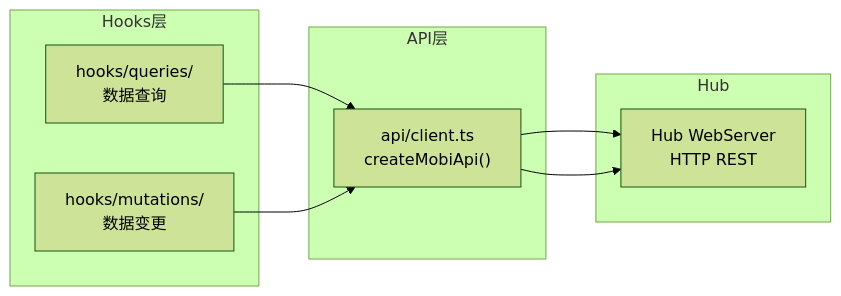
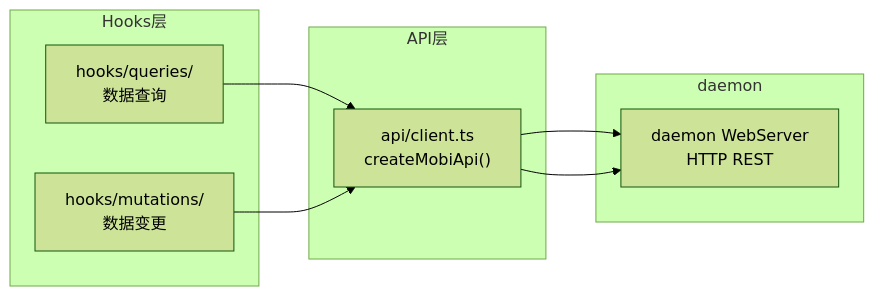
The fifth of 5 diagrams in docs/architecture/web/README.md (ModuBit/mobi), drawn with Mermaid (forest theme) before and after one commit. The commit also changed other lines of this file and 86 other files, not shown here.

````diff
--- a/docs/architecture/web/README.md
+++ b/docs/architecture/web/README.md
@@ -593,18 +592,18 @@
 ```mermaid
 flowchart LR
     subgraph Hooks层
         Q["hooks/queries/<br/>数据查询"]
         M["hooks/mutations/<br/>数据变更"]
     end
 
     subgraph API层
         Client["api/client.ts<br/>createMobiApi()"]
     end
 
-    subgraph Hub
-        REST["Hub WebServer<br/>HTTP REST"]
+    subgraph daemon
+        REST["daemon WebServer<br/>HTTP REST"]
     end
 
     Q --> Client --> REST
     M --> Client --> REST
 ```
````
